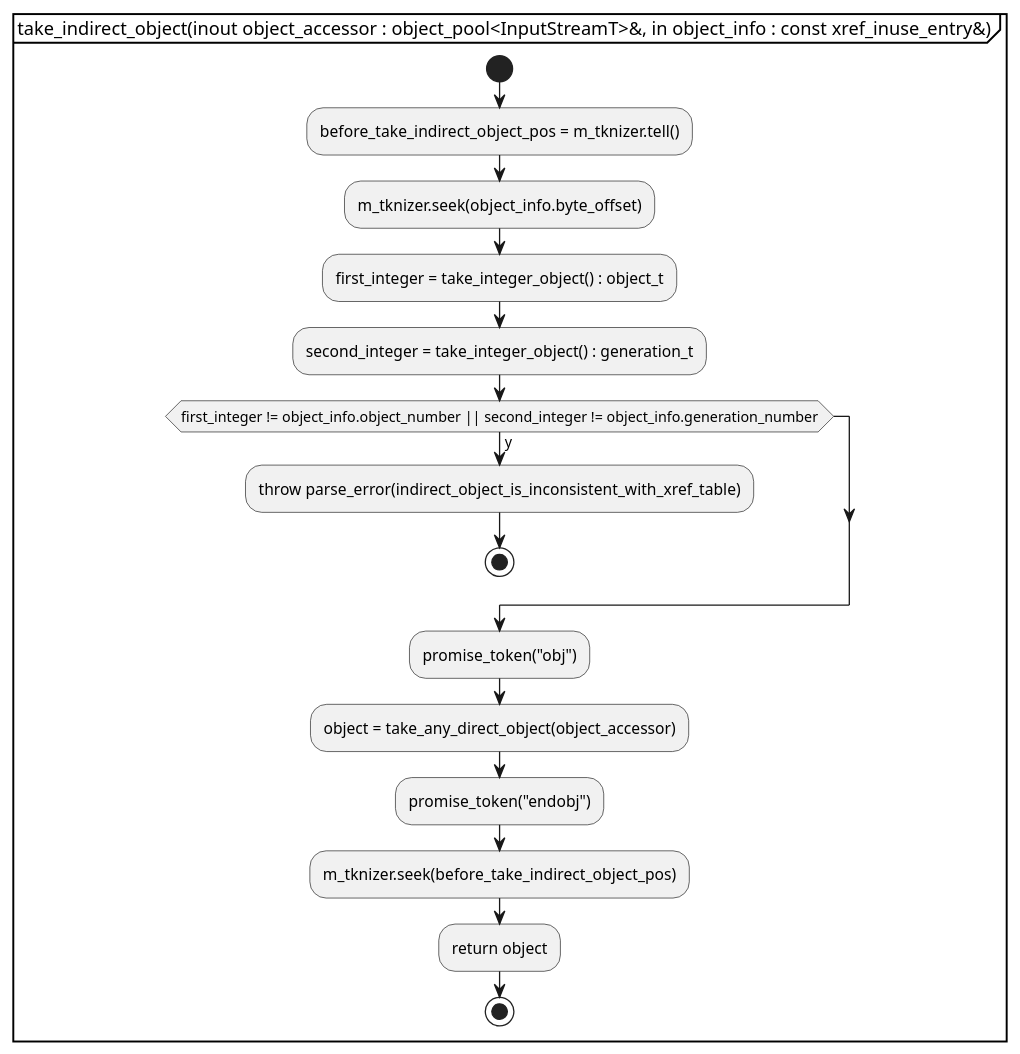
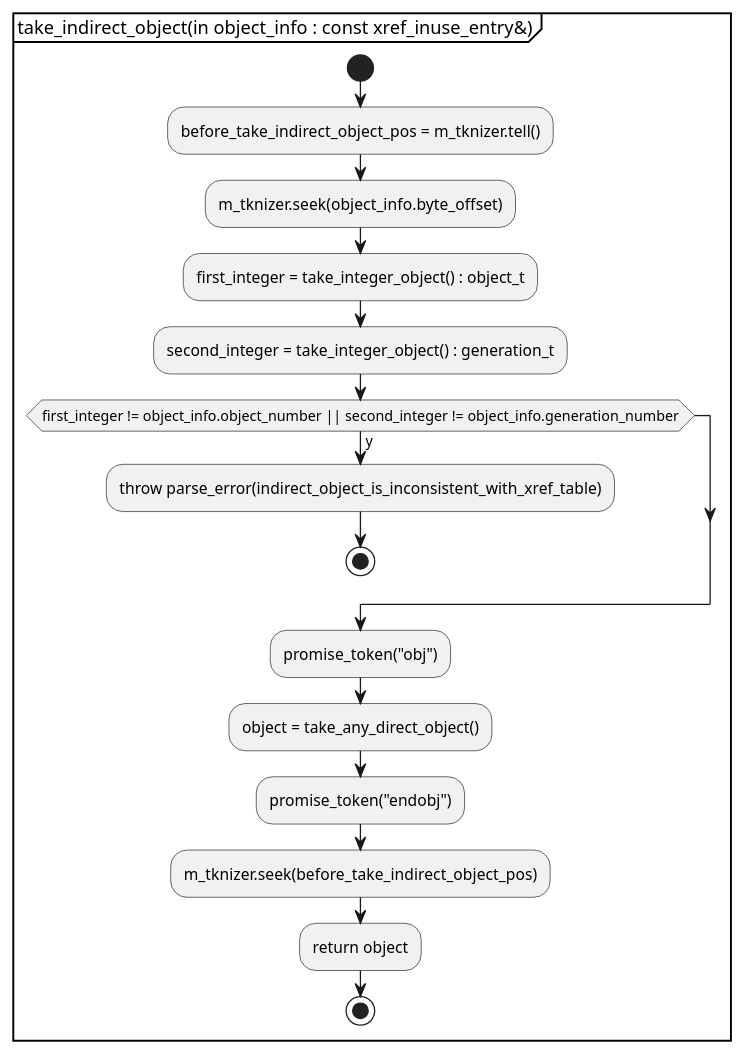
Diagram 17 of 20 in document/document_reader/ipdfstream/ipdfstream.activity.pu (KodaiYM/PDFReader), drawn with PlantUML before and after one commit. The commit also changed other lines of this file and 3 other files, not shown here.

Commit message:
object_pool 関連の最小限の修正

```diff
--- a/document/document_reader/ipdfstream/ipdfstream.activity.pu
+++ b/document/document_reader/ipdfstream/ipdfstream.activity.pu
@@ -492,26 +492,26 @@
 @startuml take_indirect_object
-partition "take_indirect_object(inout object_accessor : object_pool<InputStreamT>&, in object_info : const xref_inuse_entry&)" {
+partition "take_indirect_object(in object_info : const xref_inuse_entry&)" {
 start
 	:before_take_indirect_object_pos = m_tknizer.tell();
 	:m_tknizer.seek(object_info.byte_offset);
 
 	:first_integer = take_integer_object() : object_t;
 	:second_integer = take_integer_object() : generation_t;
 
 	if (first_integer != object_info.object_number || second_integer != object_info.generation_number) then (y)
 		:throw parse_error(indirect_object_is_inconsistent_with_xref_table);
 		stop
 	endif
 
 	:promise_token("obj");
 
-	:object = take_any_direct_object(object_accessor);
+	:object = take_any_direct_object();
 
 	:promise_token("endobj");
 
 	:m_tknizer.seek(before_take_indirect_object_pos);
 
 	:return object;
 stop
 }
 @enduml
```
